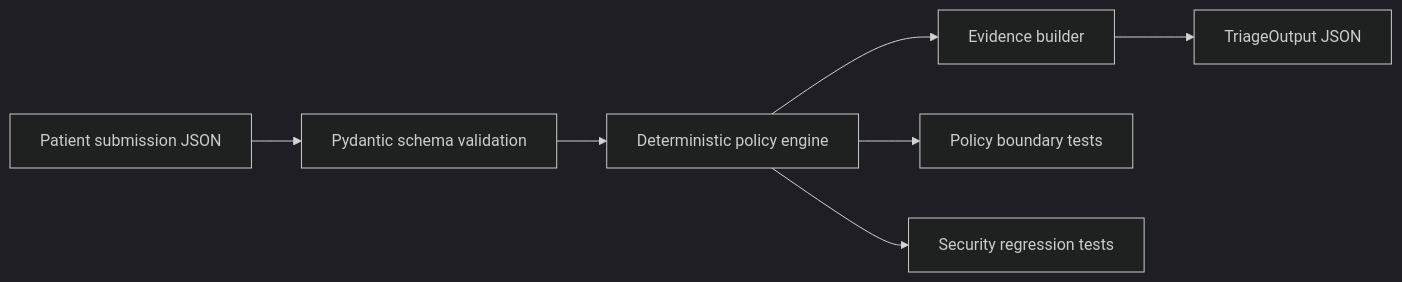
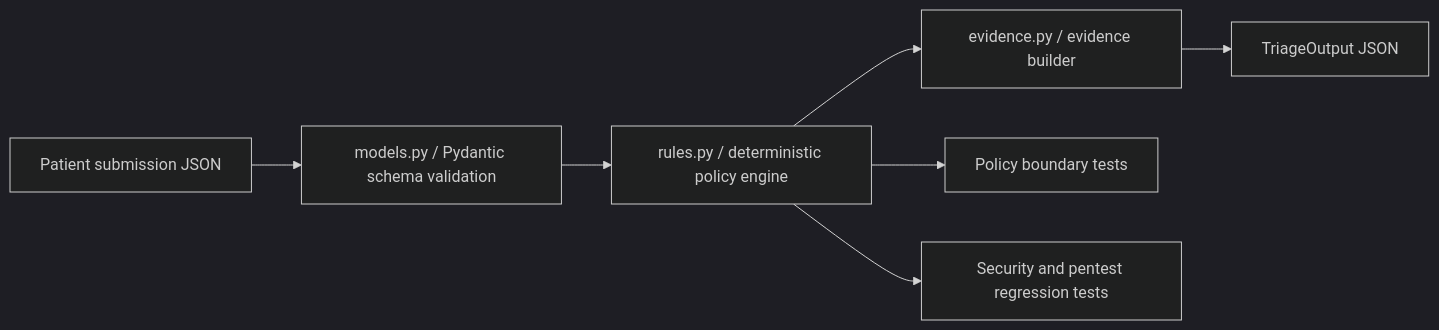
Before and after one commit to jaymewoodfill/c-preop-exercise: the diagram in README.md, drawn with Mermaid (dark theme). The commit also changed other lines of this file and 18 other files, not shown here.

Commit message:
feat: implement secure deterministic triage engine

````diff
--- a/README.md
+++ b/README.md
@@ -38,9 +38,9 @@
 ```mermaid
 flowchart LR
-  A[Patient submission JSON] --> B[Pydantic schema validation]
-  B --> C[Deterministic policy engine]
-  C --> D[Evidence builder]
+  A[Patient submission JSON] --> B[models.py / Pydantic schema validation]
+  B --> C[rules.py / deterministic policy engine]
+  C --> D[evidence.py / evidence builder]
   D --> E[TriageOutput JSON]
   C --> F[Policy boundary tests]
-  C --> G[Security regression tests]
+  C --> G[Security and pentest regression tests]
 ```
````
